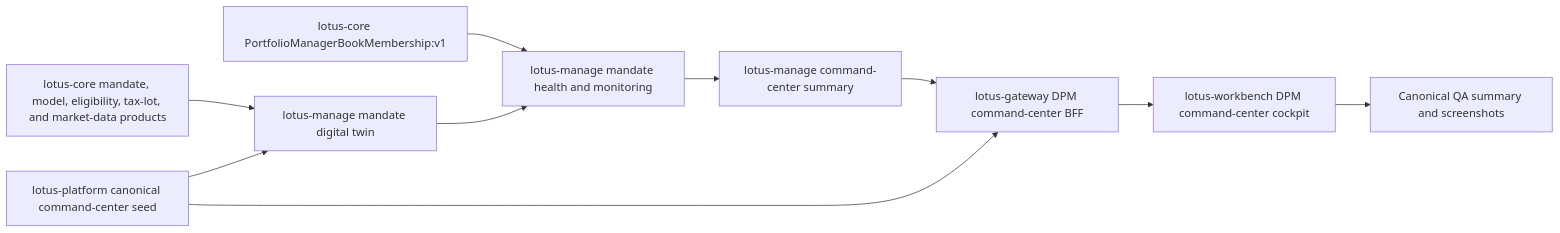
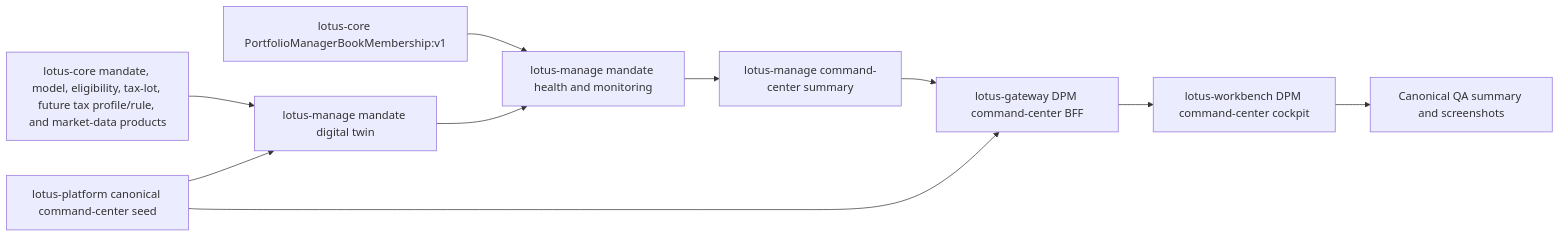
One commit to sgajbi/lotus-manage changed the third of 9 diagrams in wiki/Supported-Features.md. Above: the diagram before and after it, drawn with Mermaid. The commit also changed other lines of this file and 15 other files, not shown here.

````diff
--- a/wiki/Supported-Features.md
+++ b/wiki/Supported-Features.md
@@ -115,22 +115,22 @@
 ```mermaid
 flowchart LR
     CoreBook[lotus-core PortfolioManagerBookMembership:v1]
-    CoreMandate[lotus-core mandate, model, eligibility, tax-lot, and market-data products]
+    CoreMandate[lotus-core mandate, model, eligibility, tax-lot, future tax profile/rule, and market-data products]
     ManageTwin[lotus-manage mandate digital twin]
     ManageHealth[lotus-manage mandate health and monitoring]
     ManageCommand[lotus-manage command-center summary]
     GatewayCommand[lotus-gateway DPM command-center BFF]
     WorkbenchCockpit[lotus-workbench DPM command-center cockpit]
     PlatformSeed[lotus-platform canonical command-center seed]
     EvidencePack[Canonical QA summary and screenshots]
 
     CoreBook --> ManageHealth
     CoreMandate --> ManageTwin
     ManageTwin --> ManageHealth
     ManageHealth --> ManageCommand
     ManageCommand --> GatewayCommand
     GatewayCommand --> WorkbenchCockpit
     PlatformSeed --> ManageTwin
     PlatformSeed --> GatewayCommand
     WorkbenchCockpit --> EvidencePack
 ```
````
